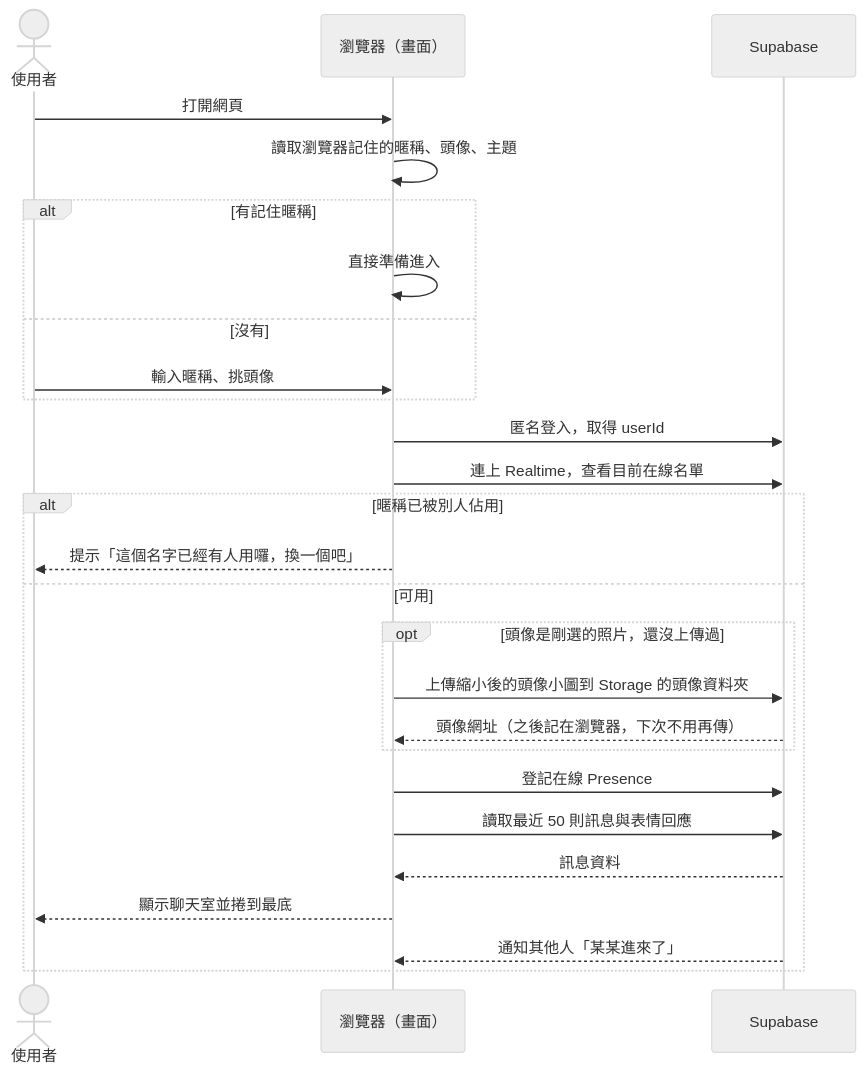
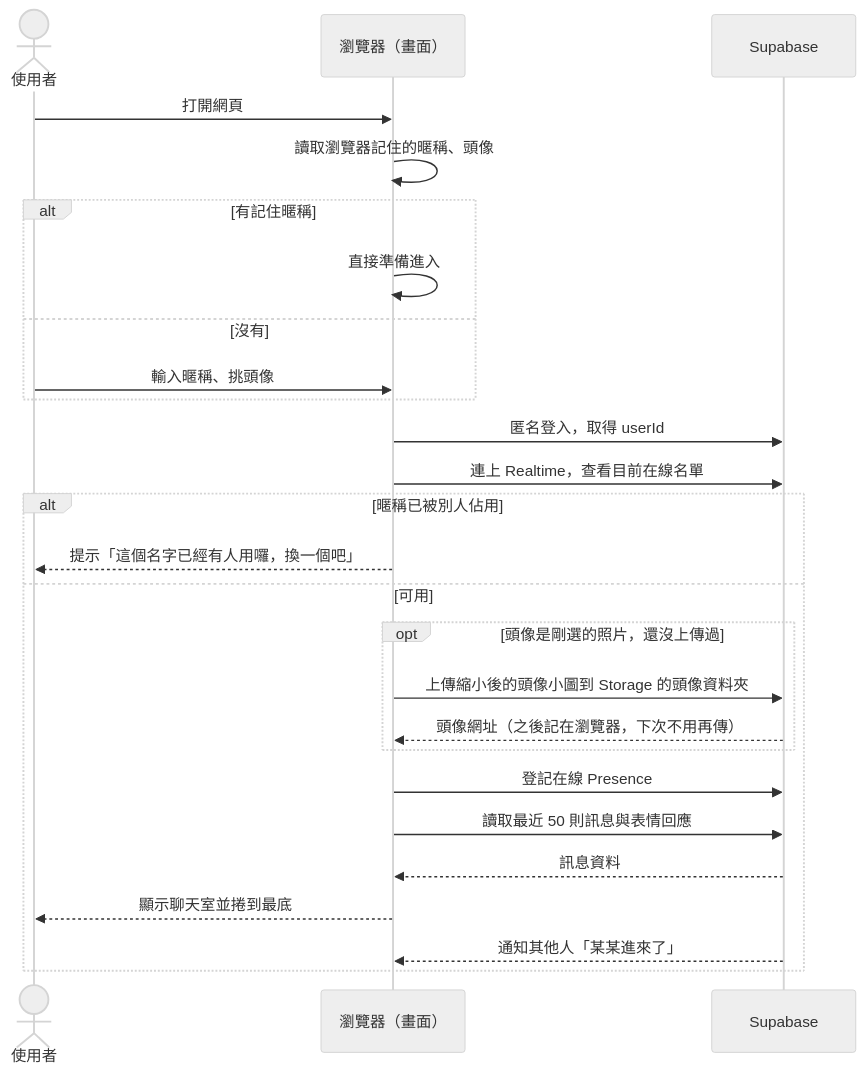
One commit to 411332043git/ch3hw changed the fourth of 14 diagrams in docs/architecture.md. Above: the diagram before and after it, drawn with Mermaid (neutral theme). The commit also changed other lines of this file and 2 other files, not shown here.

Commit message:
Update architecture to match design: voice, announcements, pinning, file expiry, desktop layout, avatars

````diff
--- a/docs/architecture.md
+++ b/docs/architecture.md
@@ -642,29 +650,29 @@
 ```mermaid
 sequenceDiagram
     actor U as 使用者
     participant B as 瀏覽器（畫面）
     participant S as Supabase
 
     U->>B: 打開網頁
-    B->>B: 讀取瀏覽器記住的暱稱、頭像、主題
+    B->>B: 讀取瀏覽器記住的暱稱、頭像
     alt 有記住暱稱
         B->>B: 直接準備進入
     else 沒有
         U->>B: 輸入暱稱、挑頭像
     end
     B->>S: 匿名登入，取得 userId
     B->>S: 連上 Realtime，查看目前在線名單
     alt 暱稱已被別人佔用
         B-->>U: 提示「這個名字已經有人用囉，換一個吧」
     else 可用
         opt 頭像是剛選的照片，還沒上傳過
             B->>S: 上傳縮小後的頭像小圖到 Storage 的頭像資料夾
             S-->>B: 頭像網址（之後記在瀏覽器，下次不用再傳）
         end
         B->>S: 登記在線 Presence
         B->>S: 讀取最近 50 則訊息與表情回應
         S-->>B: 訊息資料
         B-->>U: 顯示聊天室並捲到最底
         S-->>B: 通知其他人「某某進來了」
     end
 ```
````
